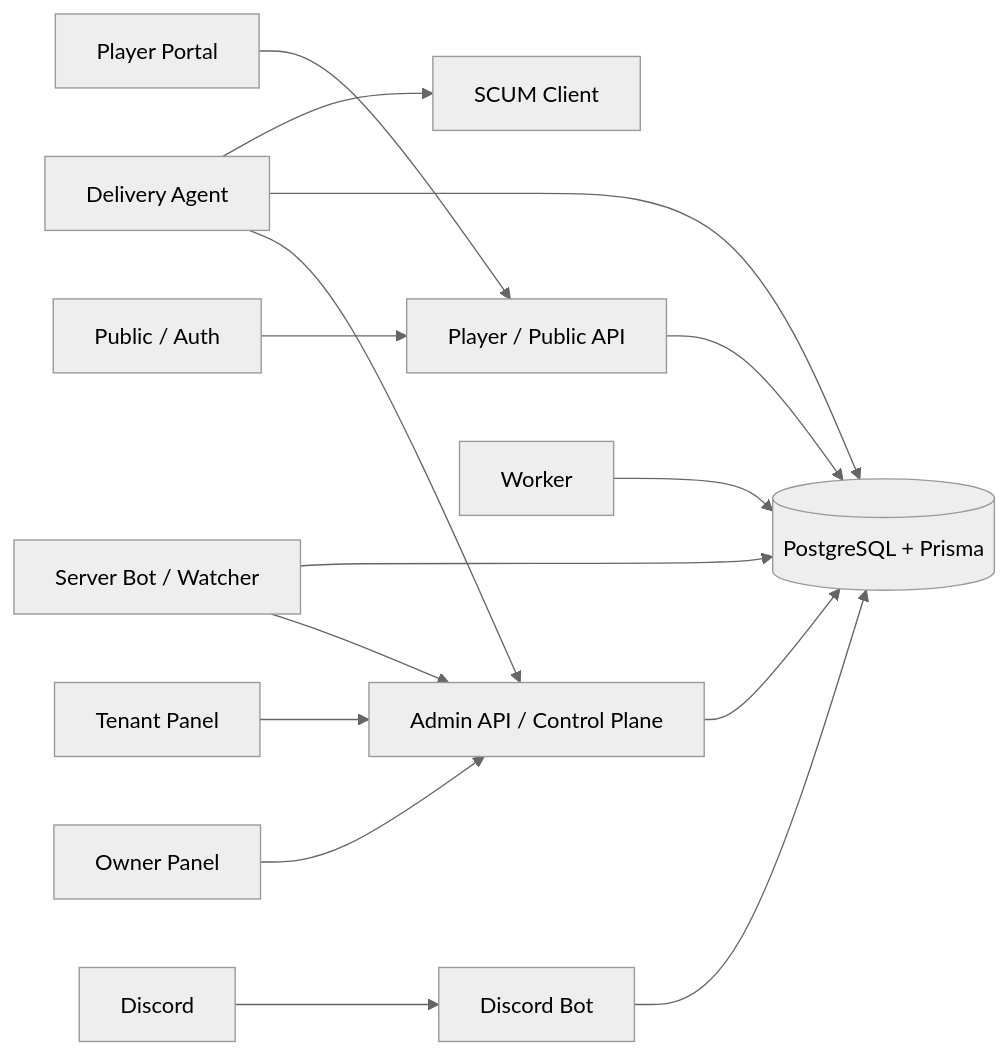
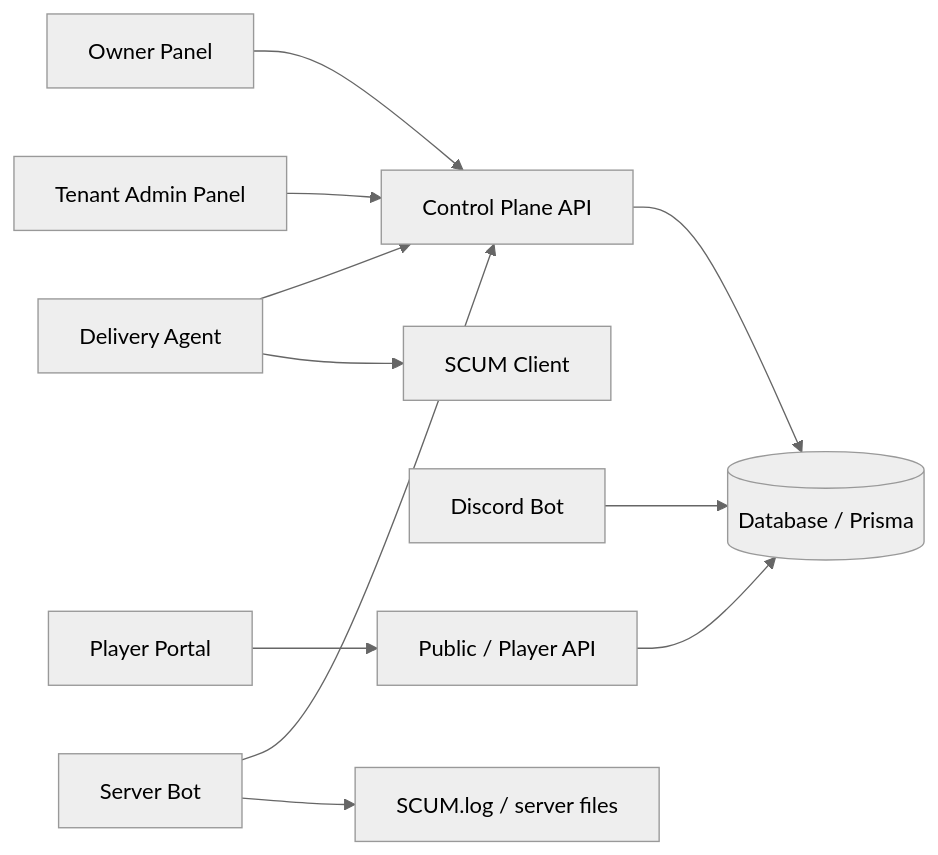
One commit to kogawz1997/scum-discord-bot-platform changed the diagram in README.md. Above: the diagram before and after it, drawn with Mermaid (neutral theme). The commit also changed other lines of this file and 237 other files, not shown here.

````diff
--- a/README.md
+++ b/README.md
@@ -49,19 +34,13 @@
 ```mermaid
 flowchart LR
-  OWNER["Owner Panel"] --> ADMIN["Admin API / Control Plane"]
-  TENANT["Tenant Panel"] --> ADMIN
-  PUBLIC["Public / Auth"] --> PLAYER["Player / Public API"]
-  PORTAL["Player Portal"] --> PLAYER
-  DISCORD["Discord"] --> BOT["Discord Bot"]
-
-  BOT --> DB[("PostgreSQL + Prisma")]
-  ADMIN --> DB
-  PLAYER --> DB
-  WORKER["Worker"] --> DB
-
-  WATCHER["Server Bot / Watcher"] --> ADMIN
-  WATCHER --> DB
-  AGENT["Delivery Agent"] --> ADMIN
-  AGENT --> DB
-  AGENT --> SCUM["SCUM Client"]
+  OWNER["Owner Panel"] --> API["Control Plane API"]
+  TENANT["Tenant Admin Panel"] --> API
+  PLAYER["Player Portal"] --> PUBLIC["Public / Player API"]
+  DISCORD["Discord Bot"] --> DB[("Database / Prisma")]
+  API --> DB
+  PUBLIC --> DB
+  DELIVERY["Delivery Agent"] --> API
+  DELIVERY --> SCUM["SCUM Client"]
+  SERVERBOT["Server Bot"] --> API
+  SERVERBOT --> LOG["SCUM.log / server files"]
 ```
````
